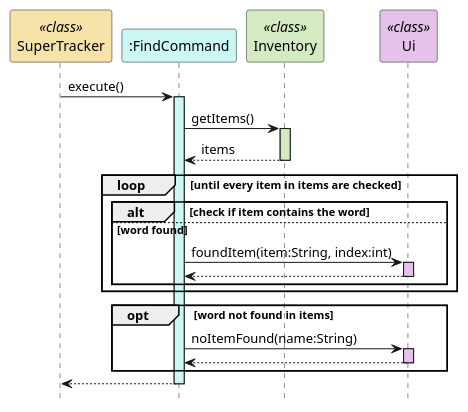
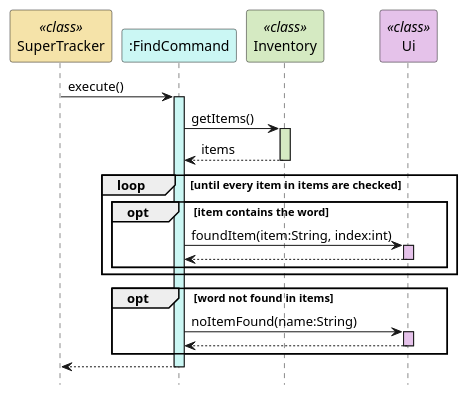
One commit to nus-cs2113-AY2324S2/tp changed the second of 2 diagrams in docs/uml-diagrams/FindCommand.puml. Above: the diagram before and after it, drawn with PlantUML.

Commit message:
Edit sequence diagram

```diff
--- a/docs/uml-diagrams/FindCommand.puml
+++ b/docs/uml-diagrams/FindCommand.puml
@@ -42,35 +42,34 @@
 @startuml
 hide footbox
 participant "SuperTracker" as SuperTracker <<class>> #f5e3a9
 participant ":FindCommand" as FindCommand #cbf7f4
 participant "Inventory" as Inventory <<class>> #d5eac2
 participant "Ui" as Ui <<class>> #e5c2ea
 
 SuperTracker -> FindCommand : execute()
 activate FindCommand #cbf7f4
 
 FindCommand -> Inventory : getItems()
 activate Inventory #d5eac2
 Inventory --> FindCommand : items
 deactivate Inventory
 
 loop until every item in items are checked
-    alt check if item contains the word
-    else word found
+    opt item contains the word
     FindCommand -> Ui : foundItem(item:String, index:int)
     activate Ui #e5c2ea
     Ui --> FindCommand
     deactivate Ui
     end
 end
 
 opt word not found in items
 FindCommand -> Ui : noItemFound(name:String)
 activate Ui #e5c2ea
 Ui --> FindCommand
 deactivate Ui
 end
 
 FindCommand --> SuperTracker
 deactivate FindCommand
 @enduml
```
